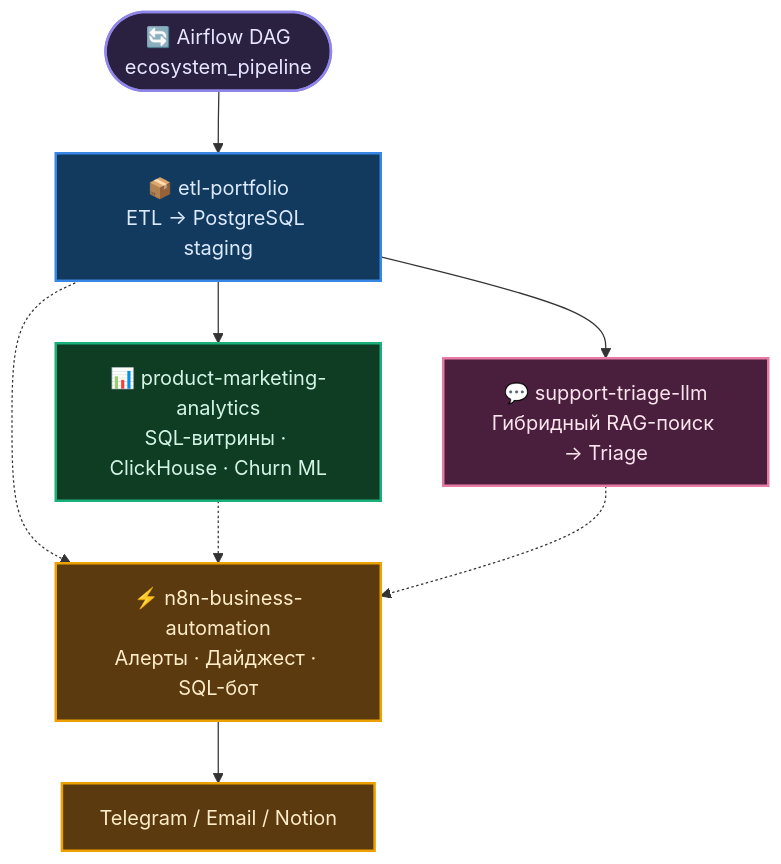
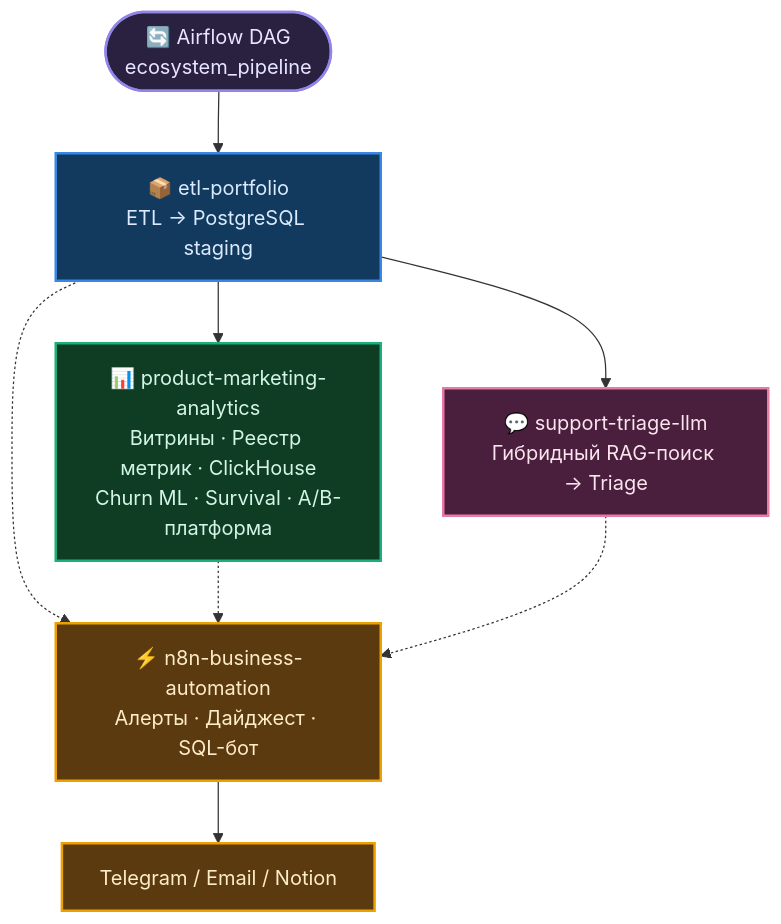
One commit to exist-ty/Nikolay-Kolesnikov-Data-Engineering-Applied-ML-LLM-Portfolio-Hub changed the diagram in README.md. Above: the diagram before and after it, drawn with Mermaid. The commit also changed other lines of this file, not shown here.

````diff
--- a/README.md
+++ b/README.md
@@ -17,20 +25,20 @@
 ```mermaid
 graph TD
     Z(["🔄 Airflow DAG<br/>ecosystem_pipeline"]):::orchestration --> ETL
 
     ETL["📦 etl-portfolio<br/>ETL → PostgreSQL staging"]:::etl --> ANALYTICS
     ETL --> LLM
     ETL -.-> N8N
 
-    ANALYTICS["📊 product-marketing-analytics<br/>SQL-витрины · ClickHouse · Churn ML"]:::analytics -.-> N8N
+    ANALYTICS["📊 product-marketing-analytics<br/>Витрины · Реестр метрик · ClickHouse<br/>Churn ML · Survival · A/B-платформа"]:::analytics -.-> N8N
 
     LLM["💬 support-triage-llm<br/>Гибридный RAG-поиск → Triage"]:::llm -.-> N8N
 
     N8N["⚡ n8n-business-automation<br/>Алерты · Дайджест · SQL-бот"]:::n8n --> OUT["Telegram / Email / Notion"]:::n8n
 
     classDef orchestration fill:#2a2140,stroke:#9085e9,color:#e8e6ff,stroke-width:2px
     classDef etl fill:#123a5e,stroke:#3987e5,color:#dbeafe,stroke-width:2px
     classDef analytics fill:#0f3d24,stroke:#1baf7a,color:#d4f5e6,stroke-width:2px
     classDef llm fill:#4a1f3d,stroke:#e87ba4,color:#fbe4ee,stroke-width:2px
     classDef n8n fill:#5c3a10,stroke:#eda100,color:#fdecc8,stroke-width:2px
 ```
````
